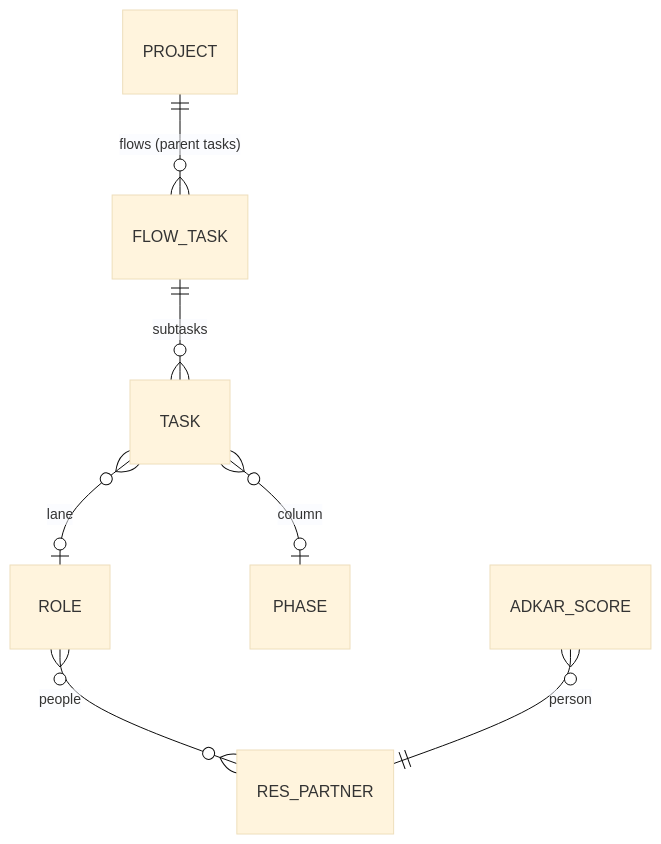
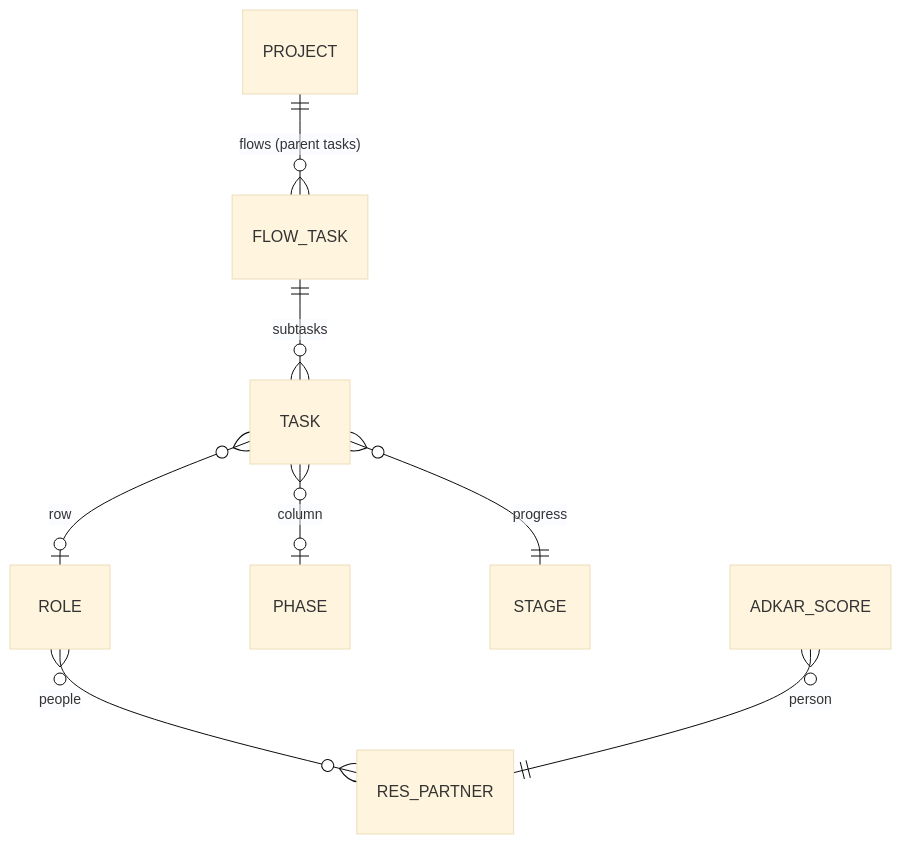
Before and after one commit to pantalytics/odoo-insights-pro: the diagram in docs/data-model.md, drawn with Mermaid (base theme). The commit also changed other lines of this file and 34 other files, not shown here.

````diff
--- a/docs/data-model.md
+++ b/docs/data-model.md
@@ -8,9 +8,10 @@
 ```mermaid
 erDiagram
     PROJECT ||--o{ FLOW_TASK : "flows (parent tasks)"
     FLOW_TASK ||--o{ TASK : "subtasks"
-    TASK }o--o| ROLE : "lane"
+    TASK }o--o| ROLE : "row"
     TASK }o--o| PHASE : "column"
+    TASK }o--|| STAGE : "progress"
     ROLE }o--o{ RES_PARTNER : "people"
     ADKAR_SCORE }o--|| RES_PARTNER : person
 ```
````
